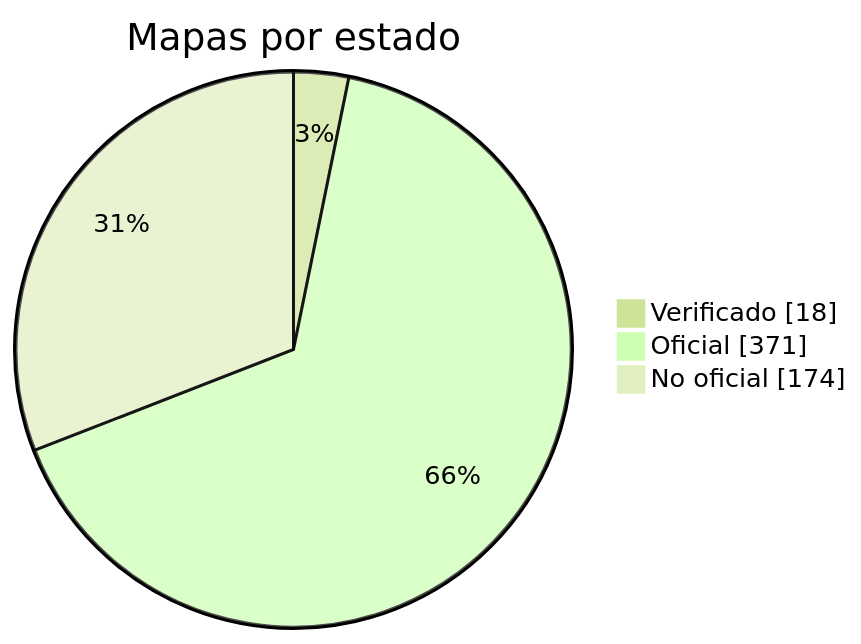
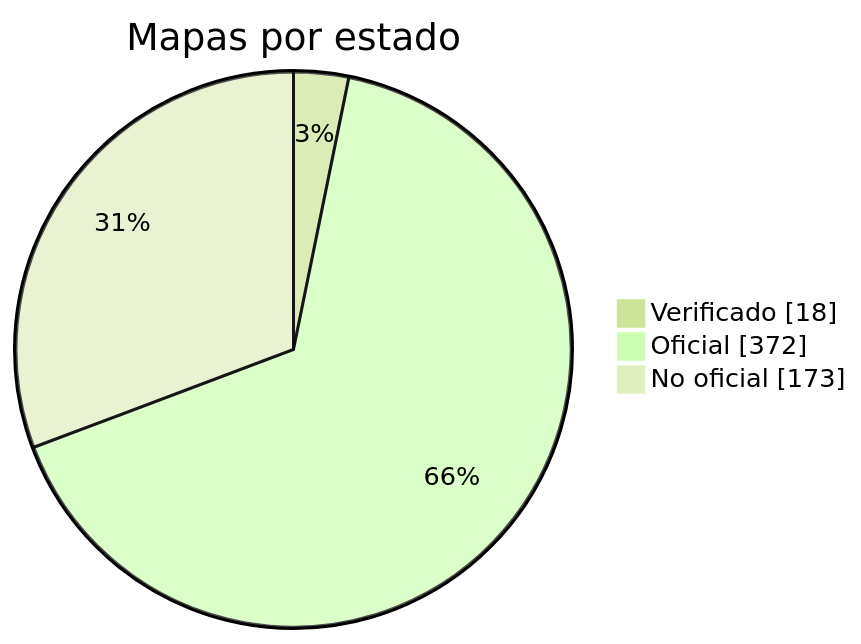
The diagram in docs/readme/README_ES.md (nobrega8/mbmap-library), drawn with Mermaid (forest theme) before and after one commit. The commit also changed 6 other files, not shown here.

````diff
--- a/docs/readme/README_ES.md
+++ b/docs/readme/README_ES.md
@@ -54,7 +54,7 @@
 ```mermaid
 pie showData
     title Mapas por estado
     "Verificado" : 18
-    "Oficial" : 371
-    "No oficial" : 174
+    "Oficial" : 372
+    "No oficial" : 173
 ```
````
